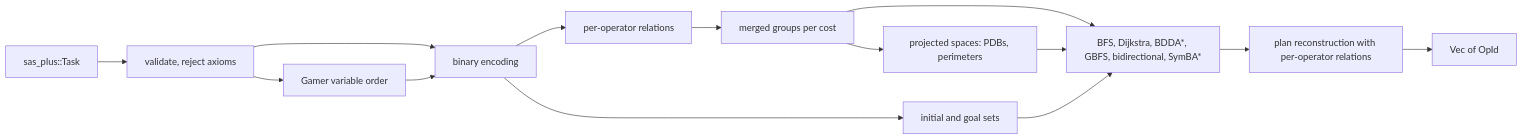
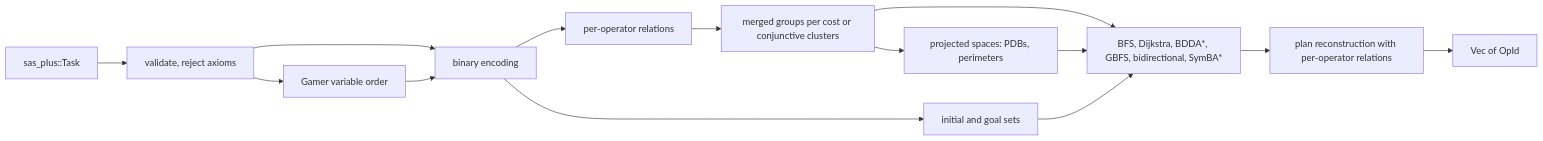
The diagram in docs/design.md (sunsided/symbolic-search), drawn with Mermaid before and after one commit. The commit also changed other lines of this file and 6 other files, not shown here.

````diff
--- a/docs/design.md
+++ b/docs/design.md
@@ -14,16 +14,16 @@
 ```mermaid
 graph LR
     Task[sas_plus::Task] --> Validate[validate, reject axioms]
     Validate --> Encoding[binary encoding]
     Validate --> Order[Gamer variable order]
     Order --> Encoding
     Encoding --> TR[per-operator relations]
-    TR --> Groups[merged groups per cost]
+    TR --> Groups[merged groups per cost or conjunctive clusters]
     Encoding --> Sets[initial and goal sets]
     Groups --> Search[BFS, Dijkstra, BDDA*, GBFS, bidirectional, SymBA*]
     Groups --> Abs[projected spaces: PDBs, perimeters]
     Abs --> Search
     Sets --> Search
     Search --> Trace[plan reconstruction with per-operator relations]
     Trace --> Plan[Vec of OpId]
 ```
````
